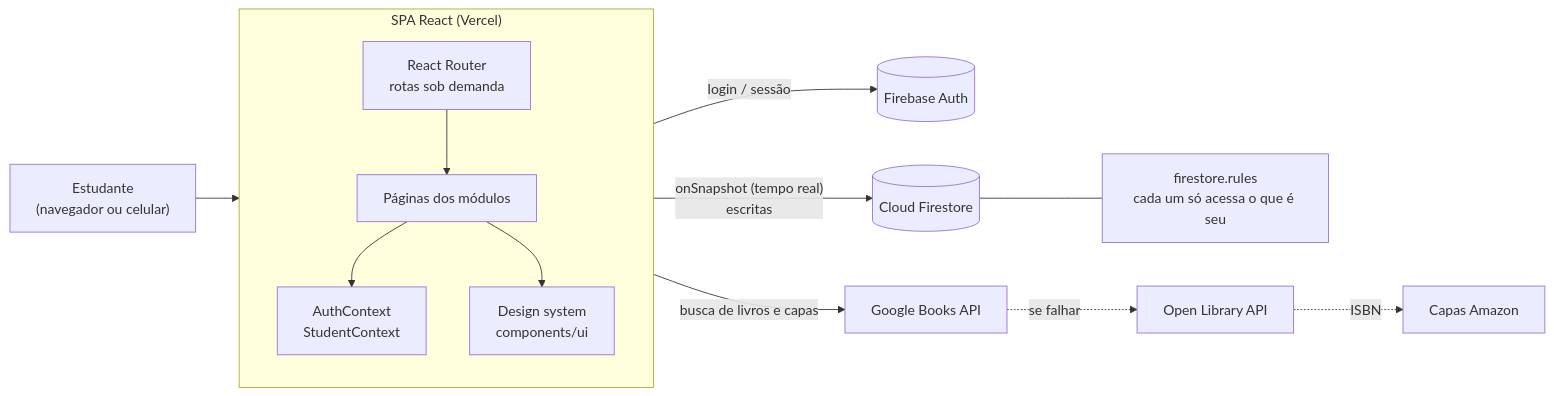
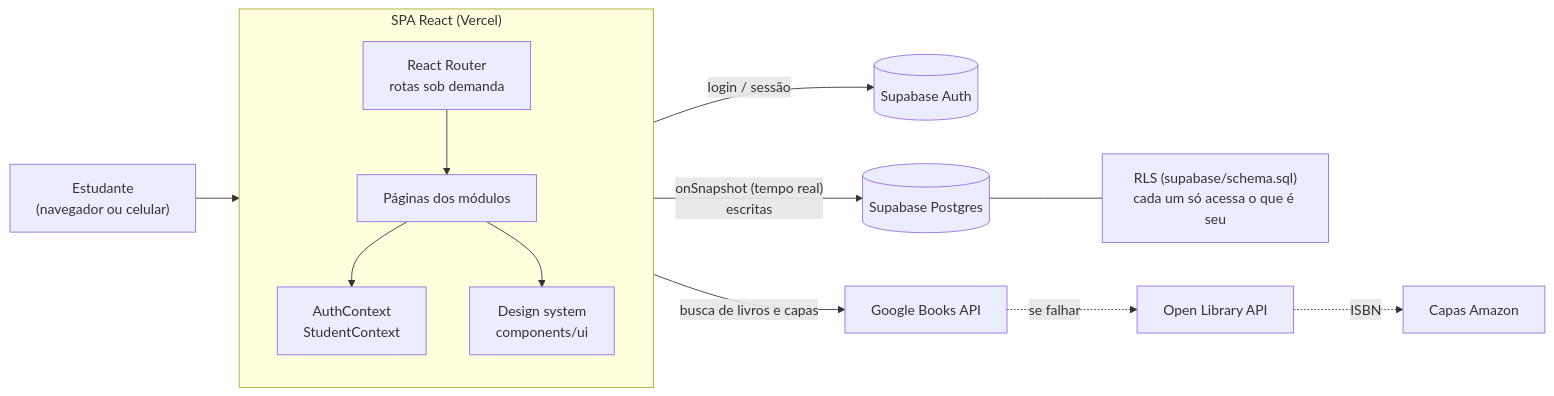
The first of 4 diagrams in README.md (DanielWallans/learnhub2.0), drawn with Mermaid before and after one commit. The commit also changed other lines of this file and 30 other files, not shown here.

First line of the commit message:
Migra do Firebase para o Supabase

````diff
--- a/README.md
+++ b/README.md
@@ -196,18 +198,18 @@
 ```mermaid
 flowchart LR
     U["Estudante<br/>(navegador ou celular)"] --> SPA
 
     subgraph SPA["SPA React (Vercel)"]
         direction TB
         R["React Router<br/>rotas sob demanda"] --> P["Páginas dos módulos"]
         P --> CTX["AuthContext<br/>StudentContext"]
         P --> DS["Design system<br/>components/ui"]
     end
 
-    CTX -- "login / sessão" --> AUTH[("Firebase Auth")]
-    P -- "onSnapshot (tempo real)<br/>escritas" --> FS[("Cloud Firestore")]
-    FS --- RULES["firestore.rules<br/>cada um só acessa o que é seu"]
+    CTX -- "login / sessão" --> AUTH[("Supabase Auth")]
+    P -- "onSnapshot (tempo real)<br/>escritas" --> FS[("Supabase Postgres")]
+    FS --- RULES["RLS (supabase/schema.sql)<br/>cada um só acessa o que é seu"]
     P -- "busca de livros e capas" --> GB["Google Books API"]
     GB -. "se falhar" .-> OL["Open Library API"]
     OL -. "ISBN" .-> AMZ["Capas Amazon"]
 ```
````
